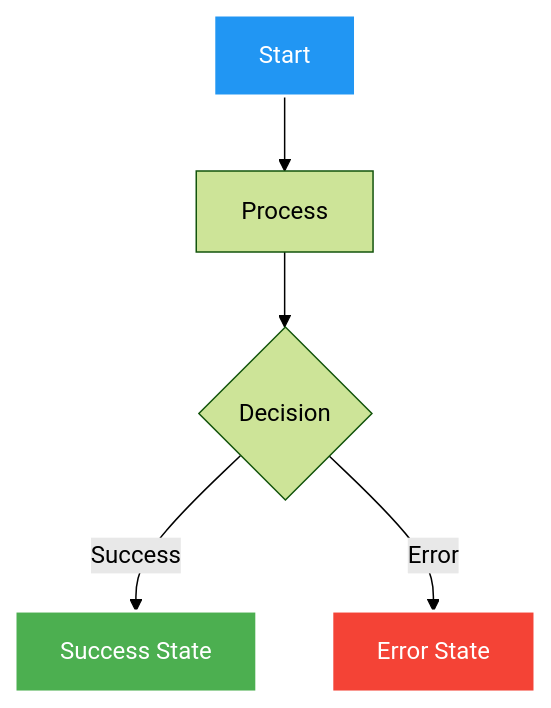
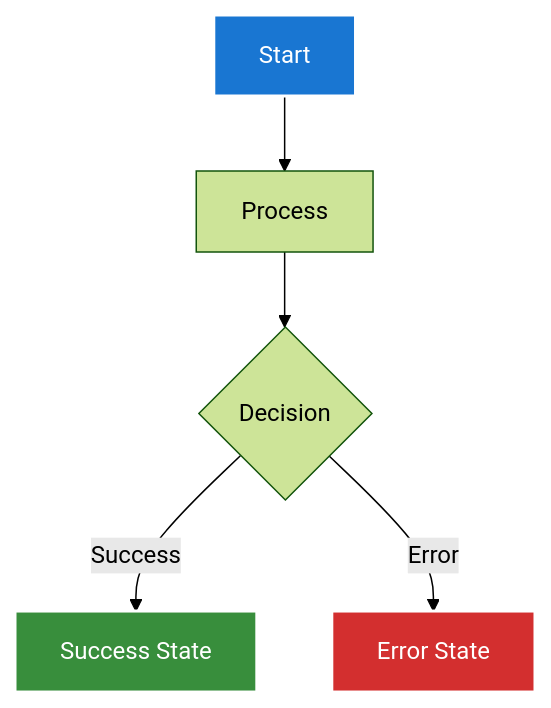
One commit to rajsinghtech/claude-diagrams changed the second of 7 diagrams in CLAUDE.md. Above: the diagram before and after it, drawn with Mermaid (forest theme). The commit also changed other lines of this file and 5 other files, not shown here.

First line of the commit message:
Enhance SVG diagram standards and validation processes

````diff
--- a/CLAUDE.md
+++ b/CLAUDE.md
@@ -72,11 +72,11 @@
 ```mermaid
 graph TD
     A[Start] --> B[Process]
     B --> C{Decision}
     C -->|Success| D[Success State]
     C -->|Error| E[Error State]
     
-    style A fill:#2196f3,stroke:#fff,stroke-width:2px,color:#fff
-    style D fill:#4caf50,stroke:#fff,stroke-width:2px,color:#fff
-    style E fill:#f44336,stroke:#fff,stroke-width:2px,color:#fff
+    style A fill:#1976d2,stroke:#fff,stroke-width:2px,color:#fff
+    style D fill:#388e3c,stroke:#fff,stroke-width:2px,color:#fff
+    style E fill:#d32f2f,stroke:#fff,stroke-width:2px,color:#fff
 ```
````
